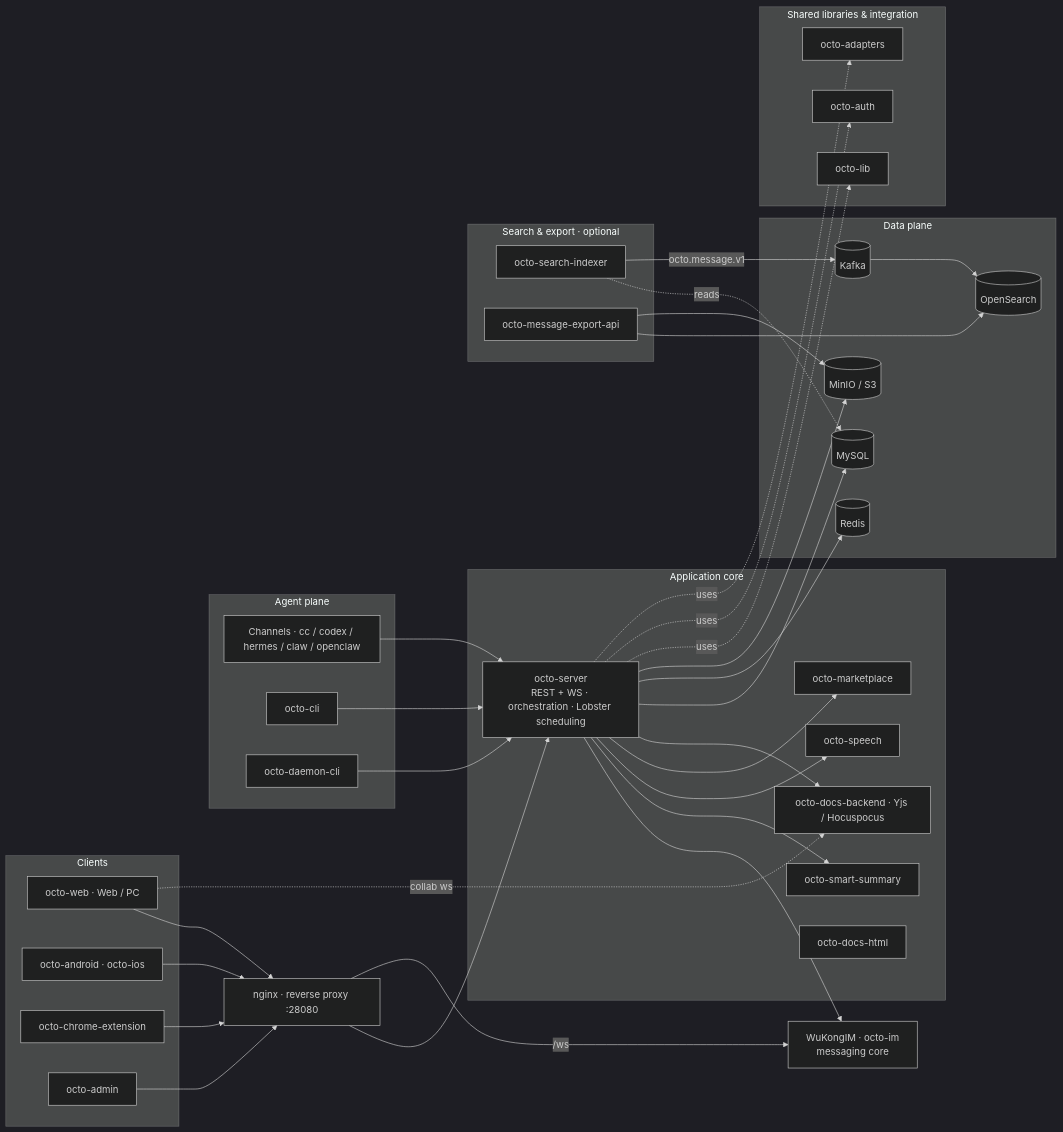
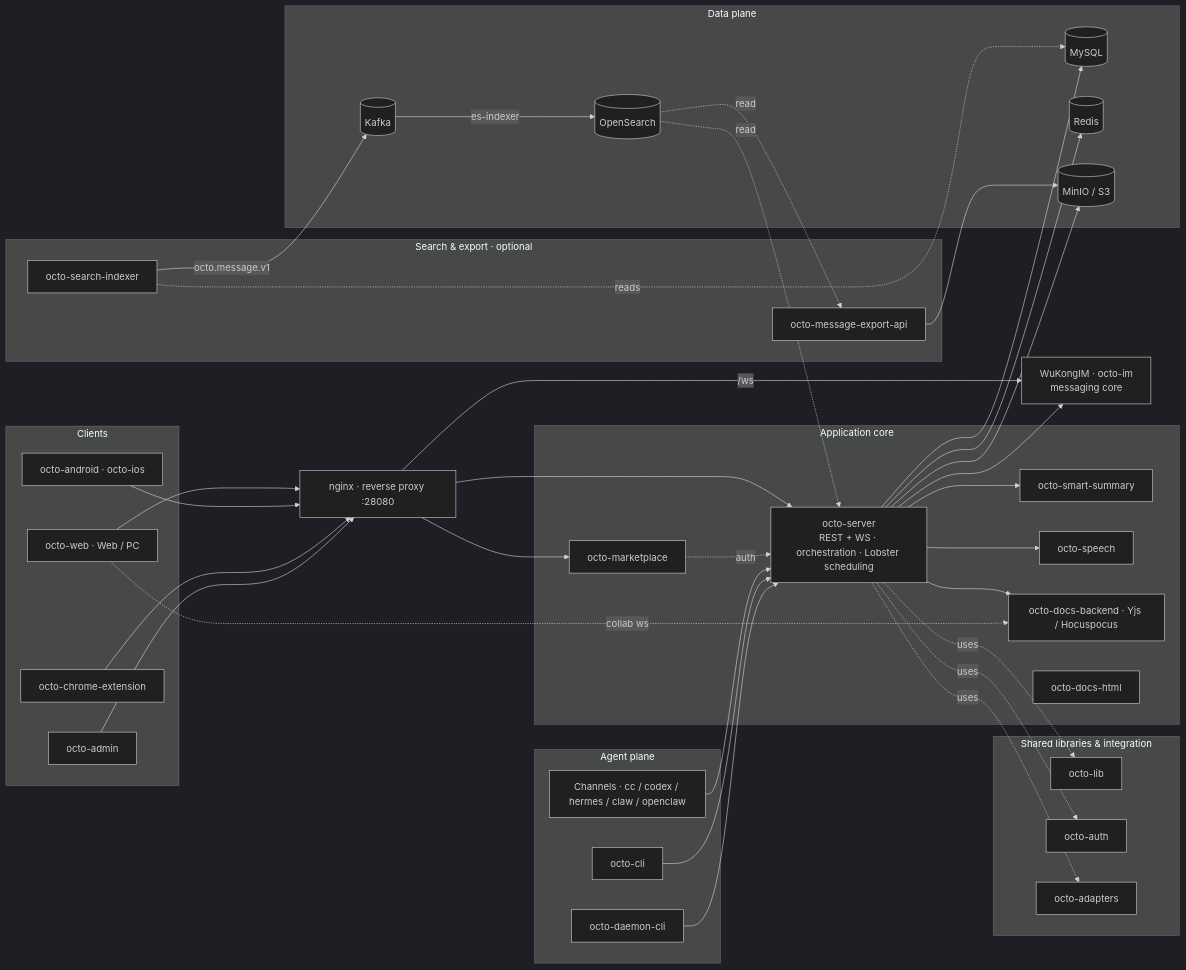
One commit to Mininglamp-OSS/octo-docs changed the diagram in concepts/architecture-overview.mdx. Above: the diagram before and after it, drawn with Mermaid (dark theme). The commit also changed 12 other files, not shown here.

First line of the commit message:
docs: fix diagram topology + drop remaining repo counts (review feedback)

````diff
--- a/concepts/architecture-overview.mdx
+++ b/concepts/architecture-overview.mdx
@@ -17,74 +17,76 @@
 ```mermaid
 graph LR
   subgraph clients["Clients"]
     web["octo-web · Web / PC"]
     mob["octo-android · octo-ios"]
     ext["octo-chrome-extension"]
     adm["octo-admin"]
   end
 
   nginx["nginx · reverse proxy :28080"]
 
   subgraph core["Application core"]
     server["octo-server<br/>REST + WS · orchestration · Lobster scheduling"]
     summary["octo-smart-summary"]
     speech["octo-speech"]
     market["octo-marketplace"]
     dbe["octo-docs-backend · Yjs / Hocuspocus"]
     dhtml["octo-docs-html"]
   end
 
   im["WuKongIM · octo-im<br/>messaging core"]
 
   subgraph agents["Agent plane"]
     chan["Channels · cc / codex / hermes / claw / openclaw"]
     cli["octo-cli"]
     daemon["octo-daemon-cli"]
   end
 
   subgraph pipe["Search & export · optional"]
     idx["octo-search-indexer"]
     exp["octo-message-export-api"]
   end
 
   subgraph data["Data plane"]
     my[("MySQL")]
     rd[("Redis")]
     obj[("MinIO / S3")]
     kf[("Kafka")]
     osx[("OpenSearch")]
   end
 
   subgraph shared["Shared libraries & integration"]
     lib["octo-lib"]
     auth["octo-auth"]
     adp["octo-adapters"]
   end
 
   web --> nginx
   mob --> nginx
   ext --> nginx
   adm --> nginx
   nginx --> server
+  nginx --> market
   nginx -->|/ws| im
   server --> im
   server --> summary
   server --> speech
-  server --> market
   server --> dbe
+  market -. auth .-> server
   web -. collab ws .-> dbe
   server --> my
   server --> rd
   server --> obj
   chan --> server
   cli --> server
   daemon --> server
   idx -. reads .-> my
   idx -->|octo.message.v1| kf
-  kf --> osx
-  exp --> osx
+  kf -->|es-indexer| osx
+  osx -. read .-> server
+  osx -. read .-> exp
   exp --> obj
   server -. uses .-> lib
   server -. uses .-> auth
   server -. uses .-> adp
 ```
````
